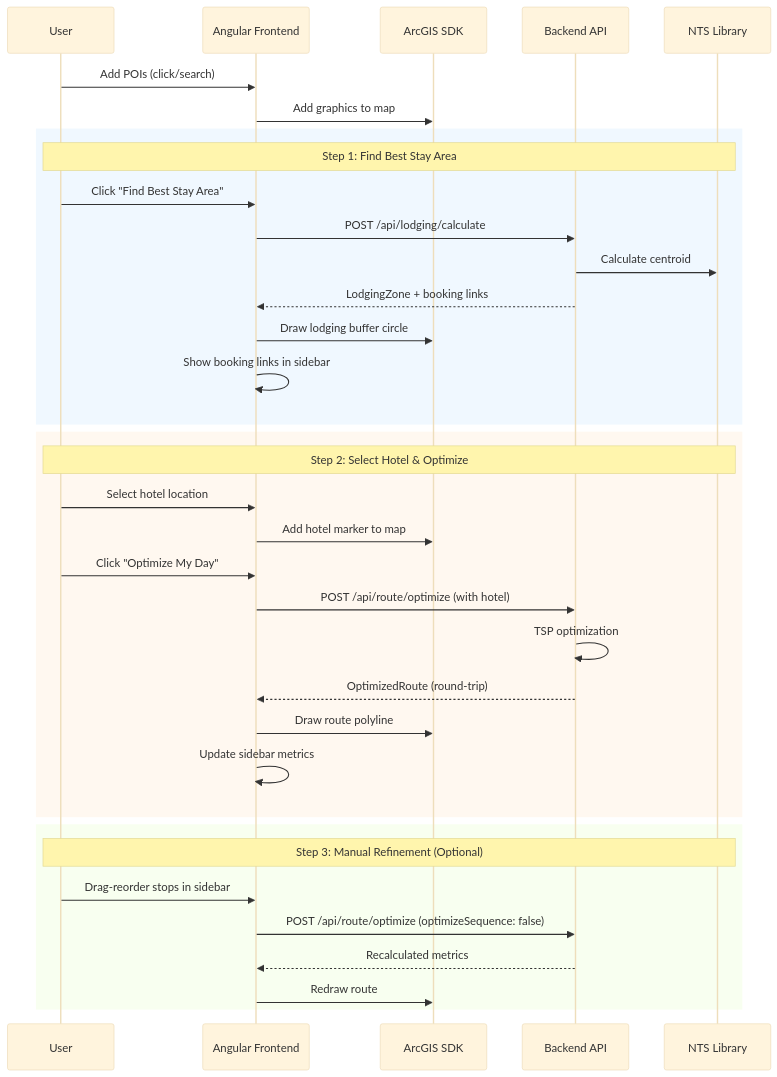
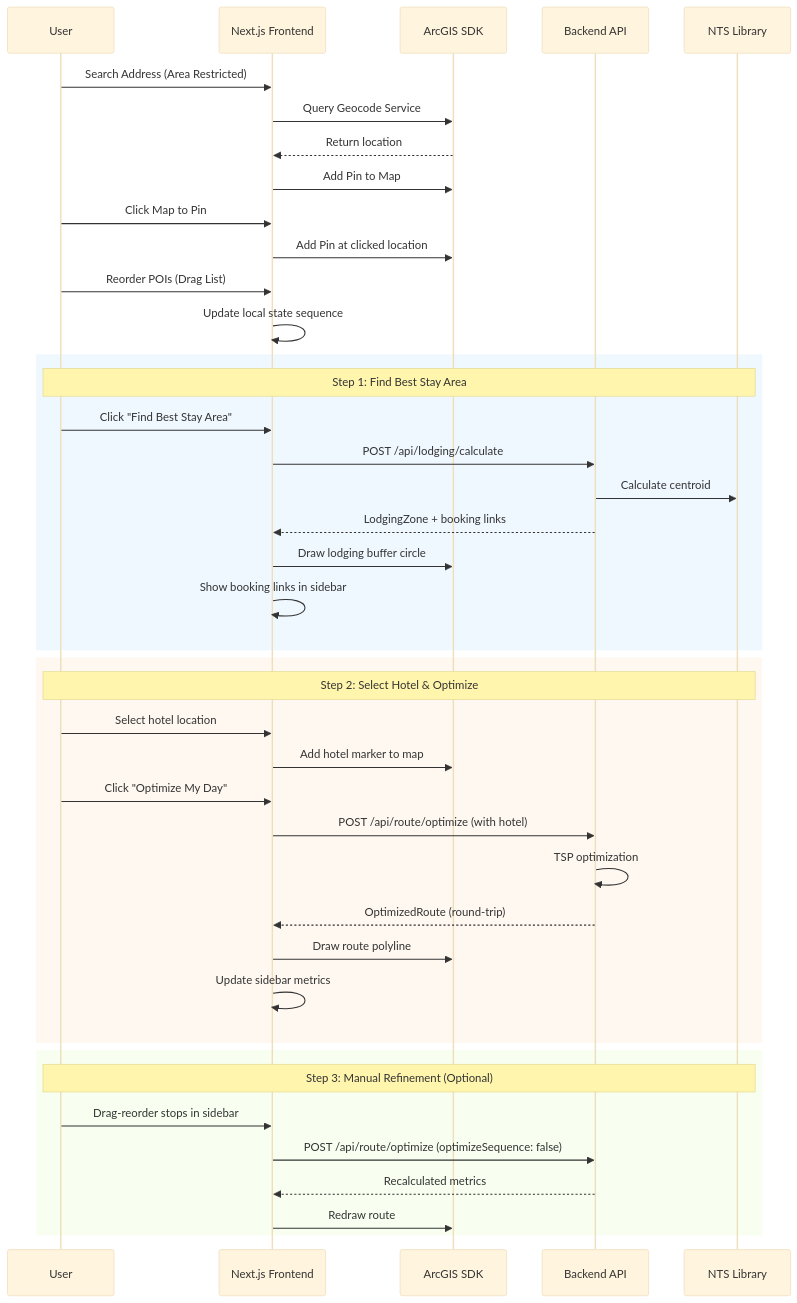
Before and after one commit to hangxigood/GeoRoute-Optimizer: the second of 2 diagrams in docs/TechDesign.md, drawn with Mermaid (base theme). The commit also changed other lines of this file, not shown here.

First line of the commit message:
Update TechDesign: switch to Next.js and add POI features

````diff
--- a/docs/TechDesign.md
+++ b/docs/TechDesign.md
@@ -406,41 +425,48 @@
 ```mermaid
 sequenceDiagram
     participant U as User
-    participant F as Angular Frontend
+    participant F as Next.js Frontend
     participant A as ArcGIS SDK
     participant B as Backend API
     participant N as NTS Library
     
-    U->>F: Add POIs (click/search)
-    F->>A: Add graphics to map
+    U->>F: Search Address (Area Restricted)
+    F->>A: Query Geocode Service
+    A-->>F: Return location
+    F->>A: Add Pin to Map
+    U->>F: Click Map to Pin
+    F->>A: Add Pin at clicked location
+    
+    U->>F: Reorder POIs (Drag List)
+    F->>F: Update local state sequence
     
     rect rgb(240, 248, 255)
     Note over U,N: Step 1: Find Best Stay Area
     U->>F: Click "Find Best Stay Area"
     F->>B: POST /api/lodging/calculate
     B->>N: Calculate centroid
     B-->>F: LodgingZone + booking links
     F->>A: Draw lodging buffer circle
     F->>F: Show booking links in sidebar
     end
     
     rect rgb(255, 248, 240)
     Note over U,N: Step 2: Select Hotel & Optimize
     U->>F: Select hotel location
     F->>A: Add hotel marker to map
     U->>F: Click "Optimize My Day"
     F->>B: POST /api/route/optimize (with hotel)
     B->>B: TSP optimization
     B-->>F: OptimizedRoute (round-trip)
     F->>A: Draw route polyline
     F->>F: Update sidebar metrics
     end
     
     rect rgb(248, 255, 240)
     Note over U,N: Step 3: Manual Refinement (Optional)
     U->>F: Drag-reorder stops in sidebar
     F->>B: POST /api/route/optimize (optimizeSequence: false)
     B-->>F: Recalculated metrics
     F->>A: Redraw route
     end
 ```
````
